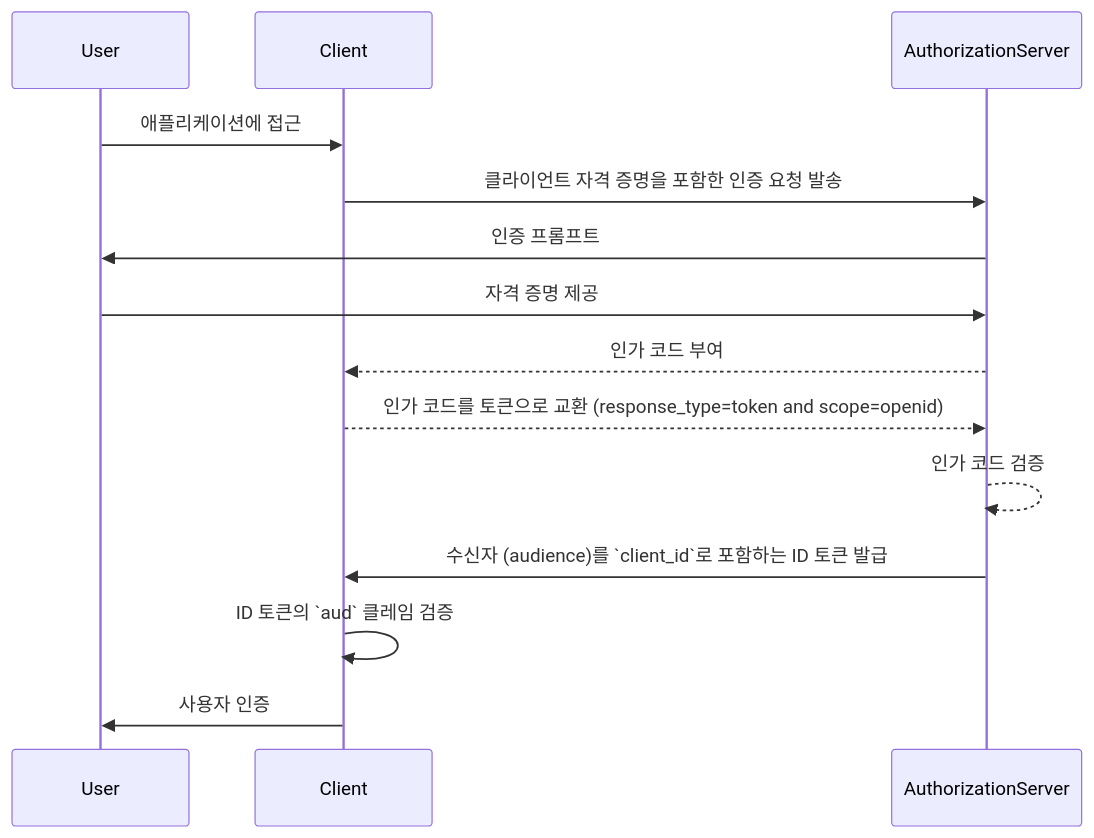
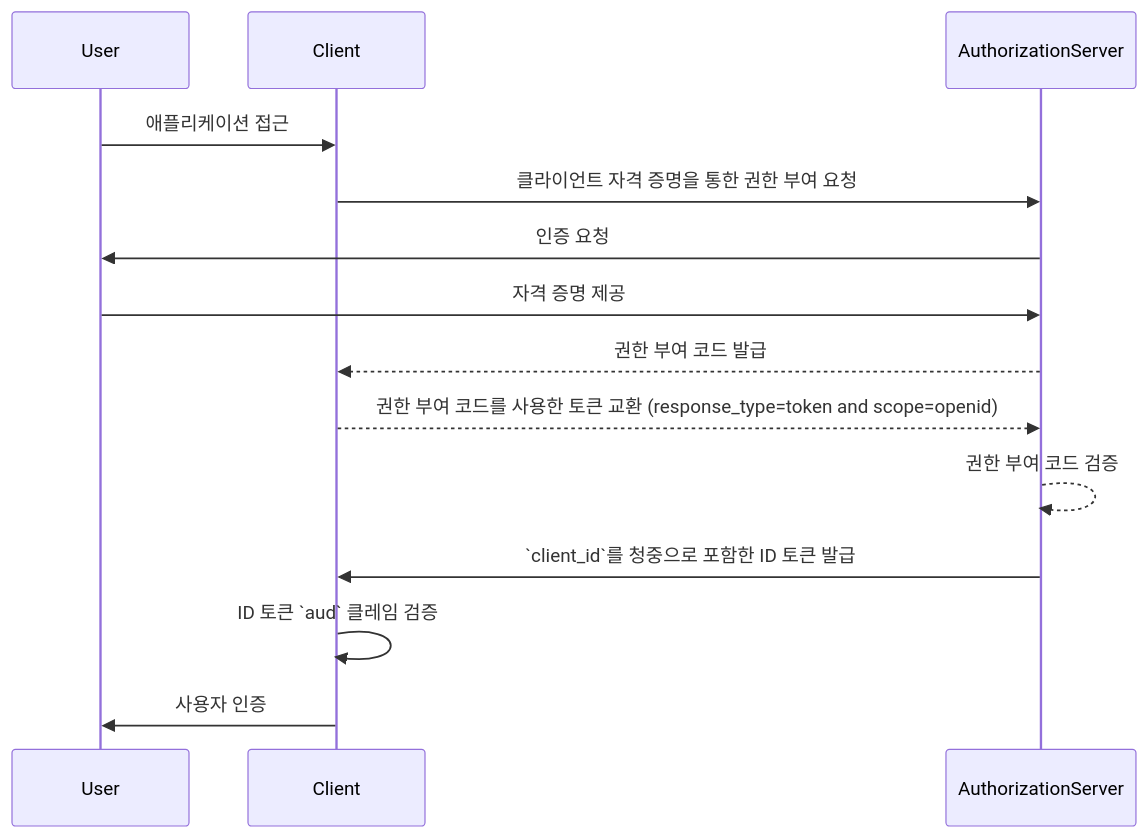
The first of 2 diagrams in src/content/terms/ko/audience.mdx (logto-io/auth-wiki), drawn with Mermaid before and after one commit. The commit also changed other lines of this file and 48 other files, not shown here.

````diff
--- a/src/content/terms/ko/audience.mdx
+++ b/src/content/terms/ko/audience.mdx
@@ -49,17 +49,17 @@
 ```mermaid
 sequenceDiagram
     participant User
     participant Client
     participant AuthorizationServer
 
-    User->>Client: 애플리케이션에 접근
-    Client->>AuthorizationServer: 클라이언트 자격 증명을 포함한 인증 요청 발송
-    AuthorizationServer->>User: 인증 프롬프트
+    User->>Client: 애플리케이션 접근
+    Client->>AuthorizationServer: 클라이언트 자격 증명을 통한 권한 부여 요청
+    AuthorizationServer->>User: 인증 요청
     User->>AuthorizationServer: 자격 증명 제공
-    AuthorizationServer-->>Client: 인가 코드 부여
-    Client-->>AuthorizationServer: 인가 코드를 토큰으로 교환 (response_type=token and scope=openid)
-    AuthorizationServer-->>AuthorizationServer: 인가 코드 검증
-    AuthorizationServer->>Client: 수신자 (audience)를 `client_id`로 포함하는 ID 토큰 발급
-    Client->> Client: ID 토큰의 `aud` 클레임 검증
+    AuthorizationServer-->>Client: 권한 부여 코드 발급
+    Client-->>AuthorizationServer: 권한 부여 코드를 사용한 토큰 교환 (response_type=token and scope=openid)
+    AuthorizationServer-->>AuthorizationServer: 권한 부여 코드 검증
+    AuthorizationServer->>Client: `client_id`를 청중으로 포함한 ID 토큰 발급
+    Client->> Client: ID 토큰 `aud` 클레임 검증
     Client->>User: 사용자 인증
 ```
````
